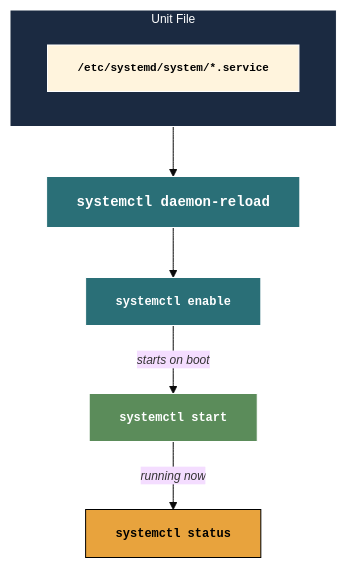
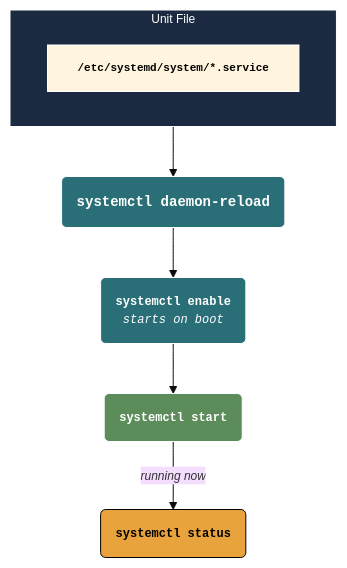
The first of 2 diagrams in lab10.qmd (mjfrigaard/do4ds-labs), drawn with Mermaid before and after one commit. The commit also changed other lines of this file and 69 other files, not shown here.

Commit message:
style review fixes; mermaid look; lab07 model scripts and workflow deps

````diff
--- a/lab10.qmd
+++ b/lab10.qmd
@@ -51,25 +53,25 @@
 ```{mermaid}
 %%| fig-cap: 'Daemonizing with systemd'
 %%| fig-width: 7.0
 %%| fig-align: 'center'
-%%{init: {'theme': 'base', 'themeVariables': {'fontFamily': 'monospace', "fontSize":"12px"}}}%%
+%%{init: {'theme': 'base', 'look': 'classic', 'themeVariables': {'fontFamily': 'monospace', "fontSize":"12px"}}}%%
 
 graph TD
     subgraph Unit["Unit File"]
         DotService["<strong>/etc/systemd/system/*.service</strong>"]
     end
-    Reload["<strong>systemctl daemon-reload</strong>"]
-    Enable["<strong>systemctl enable</strong>"]
-    Start["<strong>systemctl start</strong>"]
-    Status["<strong>systemctl status</strong>"]
+    Reload("<strong>systemctl daemon-reload</strong>")
+    Enable("<strong>systemctl enable</strong><br/><em>starts on boot</em>")
+    Start("<strong>systemctl start</strong>")
+    Status("<strong>systemctl status</strong>")
 
-    Unit --> Reload --> Enable --"<em>starts on boot</em>"--> Start --"<em>running now</em>"--> Status
+    Unit --> Reload --> Enable --> Start --"<em>running now</em>"--> Status
 
     style DotService stroke:#fff,stroke-width:1px,color:#000,font-family:monospace,font-size:11px
     style Unit fill:#1B2A41,stroke:#fff,stroke-width:1px,color:#fff
     style Reload fill:#2A6F77,stroke:#fff,stroke-width:1px,color:#fff,font-family:monospace,font-size:14px
     style Enable fill:#2A6F77,stroke:#fff,stroke-width:1px,color:#fff,font-family:monospace
     style Start fill:#5B8C5A,stroke:#fff,stroke-width:1px,color:#fff,font-family:monospace
     style Status fill:#E8A33D,stroke:#000,stroke-width:1px,color:#000,font-family:monospace
 
 ```
````
